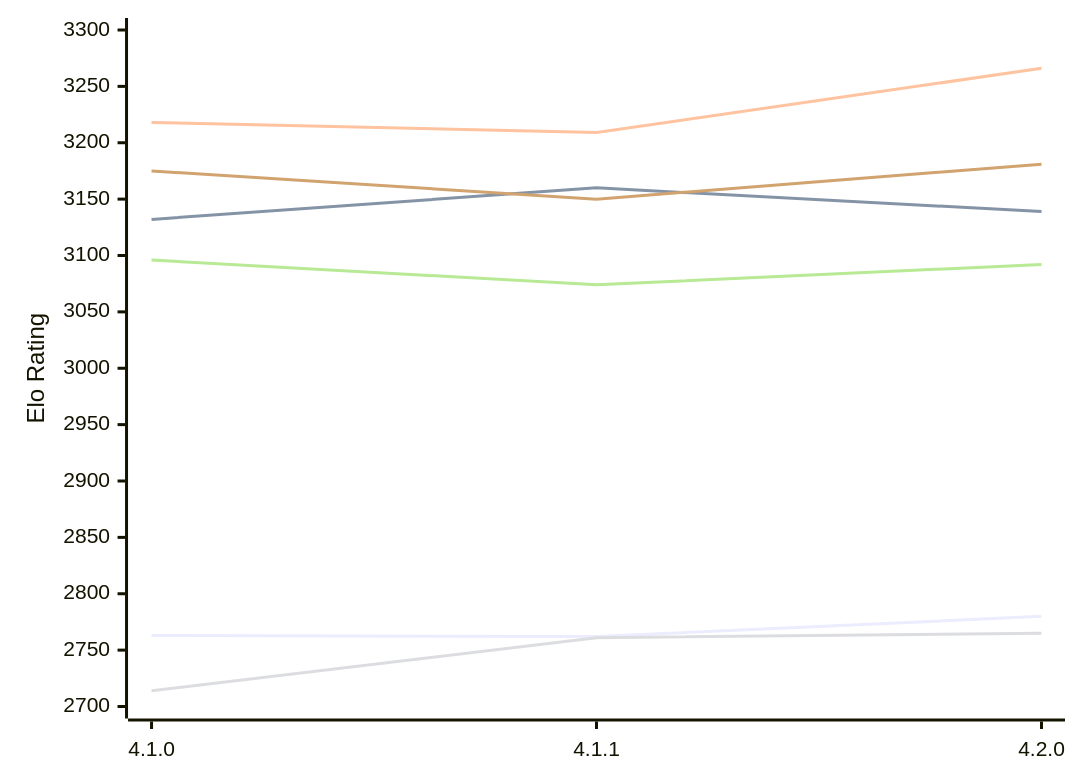
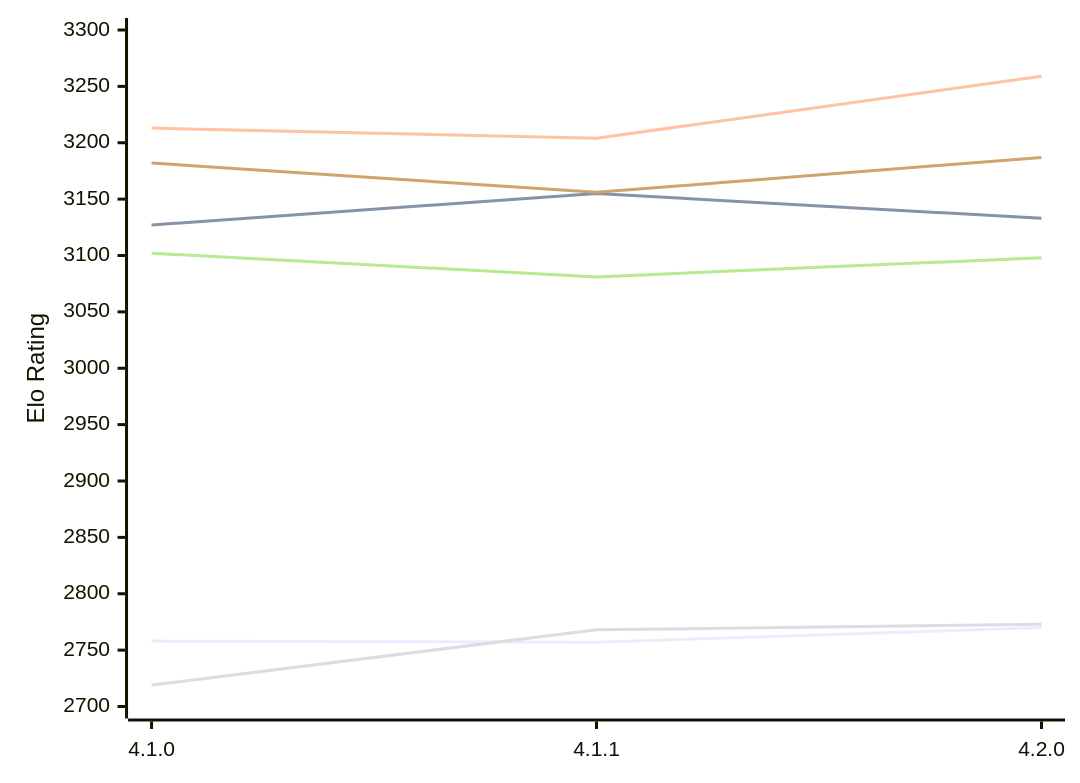
One commit to computer-chess-index/cci changed the diagram in engines/LunaChessEngine.md. Above: the diagram before and after it, drawn with Mermaid. The commit also changed other lines of this file, not shown here.

Commit message:
Update CCI Ratings (ELO VLTC) - 2026-11-18

````diff
--- a/engines/LunaChessEngine.md
+++ b/engines/LunaChessEngine.md
@@ -51,12 +51,12 @@
 ```mermaid
 %%{init: {"theme":"base","themeVariables":{"seriesColors:['#a3a3a3','#222221','#faa371']}}}%%
 xychart-beta
   x-axis ["4.1.0", "4.1.1", "4.2.0"]
   y-axis "Elo Rating" 2700 --> 3300
-  line "E1: STC (8.0+0.08s)" [2763, 2762, 2780]
-  line "E1: LTC (60.0+0.60s)" [3132, 3160, 3139]
-  line "E1: VLTC (2m24s+1.12s)" [3218, 3209, 3266]
-  line "P1: STC (8.0+0.08s)" [2714, 2761, 2765]
-  line "P1: LTC (60.0+0.60s)" [3096, 3074, 3092]
-  line "P1: VLTC (2m24s+1.12s)" [3175, 3150, 3181]
+  line "E1: STC (8.0+0.08s)" [2758, 2757, 2770]
+  line "E1: LTC (60.0+0.60s)" [3127, 3155, 3133]
+  line "E1: VLTC (2m24s+1.12s)" [3213, 3204, 3259]
+  line "P1: STC (8.0+0.08s)" [2719, 2768, 2773]
+  line "P1: LTC (60.0+0.60s)" [3102, 3081, 3098]
+  line "P1: VLTC (2m24s+1.12s)" [3182, 3156, 3187]
 ```
````
